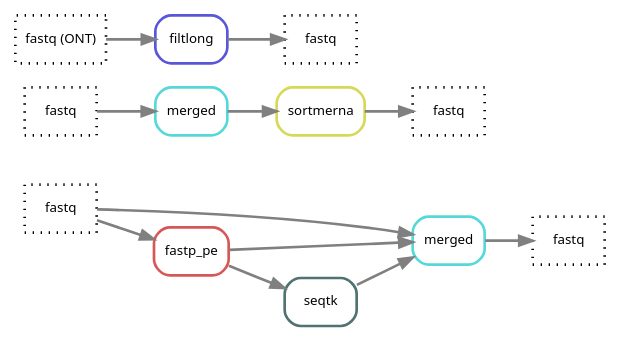
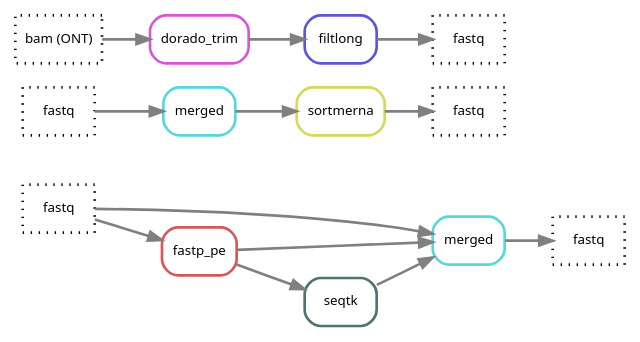
The diagram in docs/images/all.dot (hydra-genetics/prealignment), drawn with Graphviz before and after one commit. The commit also changed 16 other files, not shown here.

First line of the commit message:
feat: add dorado_trim rule for adapter/primer trimming of ONT reads

```diff
--- a/docs/images/all.dot
+++ b/docs/images/all.dot
@@ -1,29 +1,31 @@
 digraph snakemake_dag {
 	rankdir=LR;
     graph[bgcolor=white, margin=0];
     node[shape=box, style=rounded, fontname=sans,                 fontsize=10, penwidth=2];
     edge[penwidth=2, color=grey];
 	0[label = "fastq", color = "0.0 0.0 0.0", style="dotted"];
 	20[label = "fastq", color = "0.0 0.0 0.0", style="dotted"];
 	10[label = "fastq", color = "0.0 0.0 0.0", style="dotted"];
 	11[label = "fastq", color = "0.0 0.0 0.0", style="dotted"];
 	1[label = "merged", color = "0.50 0.6 0.85", style="rounded"];
 	21[label = "merged", color = "0.50 0.6 0.85", style="rounded"];
 	2[label = "fastp_pe", color = "0.00 0.6 0.85", style="rounded"];
 	4[label = "seqtk", color = "0.50 0.3 0.45", style="rounded"];
 	3[label = "sortmerna", color = "0.17 0.6 0.85", style="rounded"];
-	30[label = "fastq (ONT)", color = "0.0 0.0 0.0", style="dotted"];
+	30[label = "bam (ONT)", color = "0.0 0.0 0.0", style="dotted"];
 	31[label = "fastq", color = "0.0 0.0 0.0", style="dotted"];
+	6[label = "dorado_trim", color = "0.83 0.6 0.85", style="rounded"];
 	5[label = "filtlong", color = "0.67 0.6 0.85", style="rounded"];
 	0 -> 2
 	0 -> 1
 	2 -> 1
 	2 -> 4
 	4 -> 1
 	1 -> 10
 	20 -> 21
 	21 -> 3
 	3 -> 11
-	30 -> 5
+	30 -> 6
+	6 -> 5
 	5 -> 31
 }   
```
